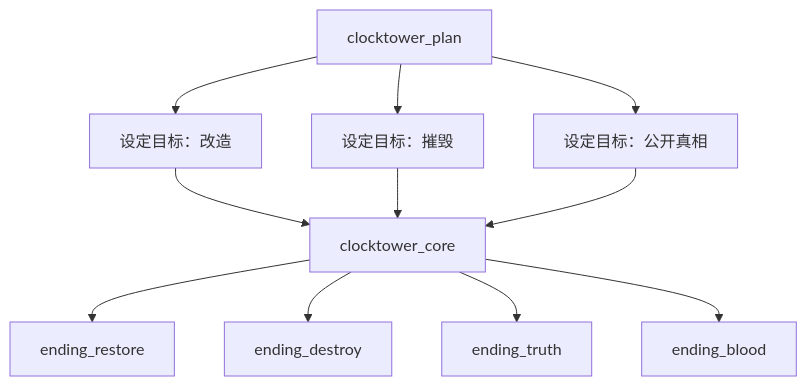
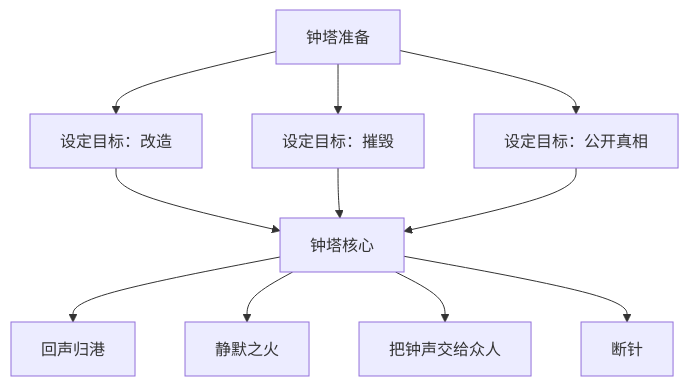
The fifth of 6 diagrams in 剧情流程图.md (adcssa/game), drawn with Mermaid before and after one commit. The commit also changed other lines of this file, not shown here.

Commit message:
Localize flowchart labels to Chinese

````diff
--- a/剧情流程图.md
+++ b/剧情流程图.md
@@ -133,15 +133,15 @@
 ```mermaid
 flowchart TD
-    A["clocktower_plan"] --> B1["设定目标：改造"]
+    A["钟塔准备"] --> B1["设定目标：改造"]
     A --> B2["设定目标：摧毁"]
     A --> B3["设定目标：公开真相"]
 
-    B1 --> C["clocktower_core"]
+    B1 --> C["钟塔核心"]
     B2 --> C
     B3 --> C
 
-    C --> D1["ending_restore"]
-    C --> D2["ending_destroy"]
-    C --> D3["ending_truth"]
-    C --> D4["ending_blood"]
+    C --> D1["回声归港"]
+    C --> D2["静默之火"]
+    C --> D3["把钟声交给众人"]
+    C --> D4["断针"]
 ```
````
